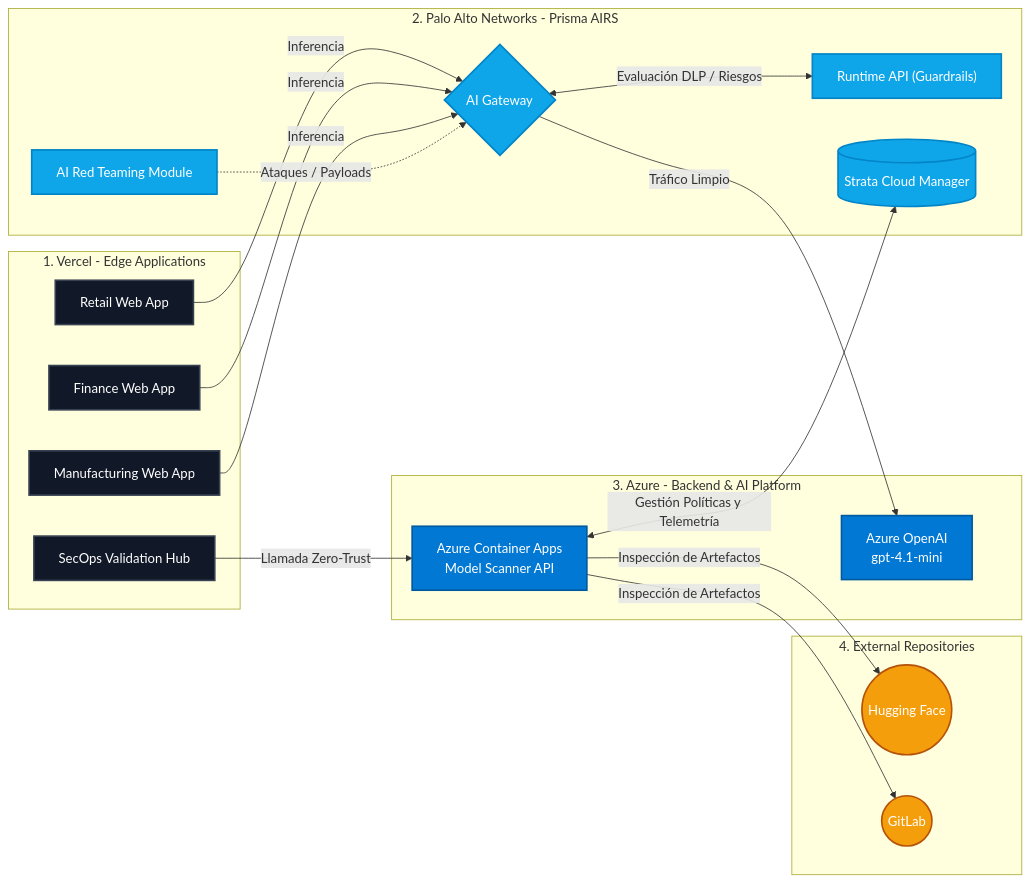
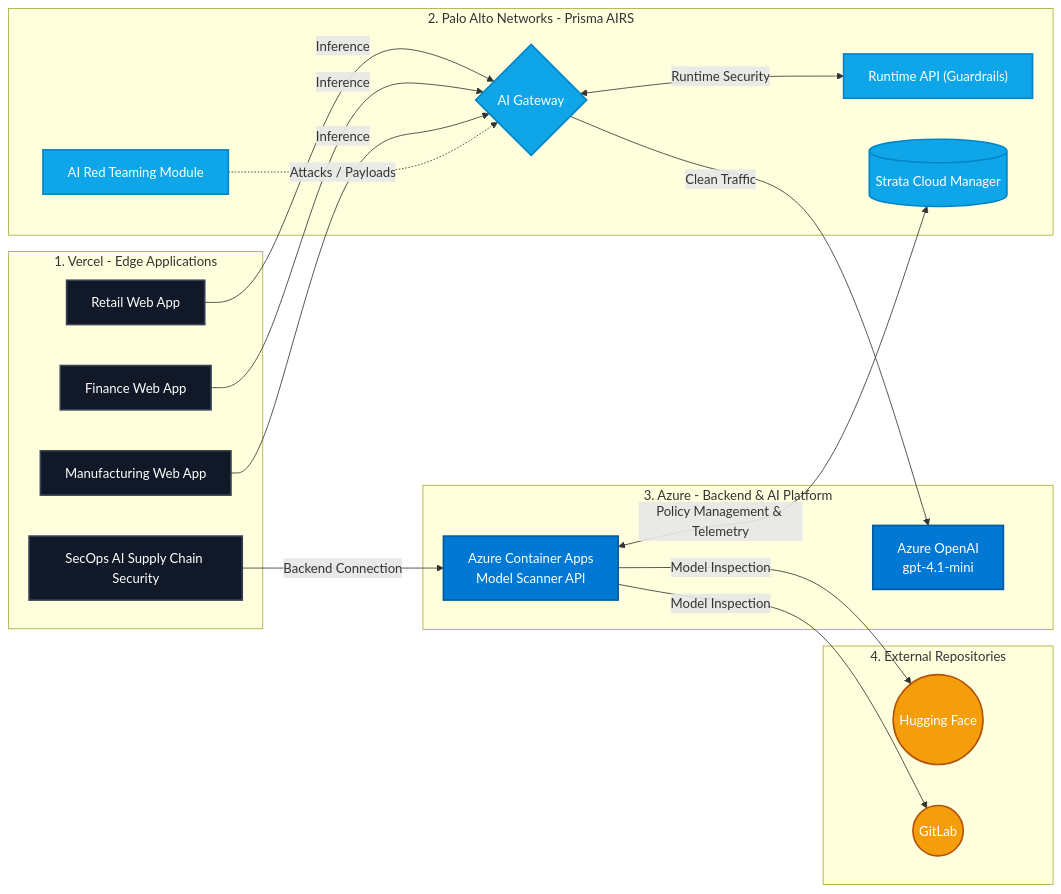
One commit to odobarro/prisma-airs-azure-demo-kit changed the diagram in README.md. Above: the diagram before and after it, drawn with Mermaid. The commit also changed other lines of this file, not shown here.

Commit message:
readme infromation expanded

````diff
--- a/README.md
+++ b/README.md
@@ -59,47 +14,47 @@
 ```mermaid
 graph LR
-    %% Definición de Estilos (Colores Palo Alto, Azure y Vercel)
+    %% Styling Definitions (Palo Alto, Azure, and Vercel Colors)
     classDef frontend fill:#111827,stroke:#374151,stroke-width:2px,color:#fff;
     classDef prisma fill:#0ea5e9,stroke:#0284c7,stroke-width:2px,color:#fff;
     classDef azure fill:#0078D4,stroke:#005A9E,stroke-width:2px,color:#fff;
     classDef external fill:#f59e0b,stroke:#b45309,stroke-width:2px,color:#fff;
 
-    subgraph Capa_Consumo ["1. Vercel - Edge Applications"]
+    subgraph Consumption_Layer ["1. Vercel - Edge Applications"]
         R["Retail Web App"]:::frontend
         F["Finance Web App"]:::frontend
         M["Manufacturing Web App"]:::frontend
-        S["SecOps Validation Hub"]:::frontend
+        S["SecOps AI Supply Chain Security"]:::frontend
     end
 
-    subgraph Capa_Seguridad ["2. Palo Alto Networks - Prisma AIRS"]
+    subgraph Security_Layer ["2. Palo Alto Networks - Prisma AIRS"]
         GW{"AI Gateway"}:::prisma
         RT["Runtime API (Guardrails)"]:::prisma
         RED["AI Red Teaming Module"]:::prisma
         SCM[("Strata Cloud Manager")]:::prisma
     end
 
-    subgraph Capa_Infraestructura ["3. Azure - Backend & AI Platform"]
+    subgraph Infrastructure_Layer ["3. Azure - Backend & AI Platform"]
         OAI["Azure OpenAI <br/> gpt-4.1-mini"]:::azure
         ACA["Azure Container Apps <br/> Model Scanner API"]:::azure
     end
 
-    subgraph Cadena_Suministro ["4. External Repositories"]
+    subgraph Supply_Chain ["4. External Repositories"]
         HF(("Hugging Face")):::external
         GL(("GitLab")):::external
     end
 
-    %% Flujos de Runtime Security & Red Teaming
-    R -->|"Inferencia"| GW
-    F -->|"Inferencia"| GW
-    M -->|"Inferencia"| GW
-    RED -.->|"Ataques / Payloads"| GW
+    %% Runtime Security & Red Teaming Flows
+    R -->|"Inference"| GW
+    F -->|"Inference"| GW
+    M -->|"Inference"| GW
+    RED -.->|"Attacks / Payloads"| GW
     
-    GW <-->|"Evaluación DLP / Riesgos"| RT
-    GW -->|"Tráfico Limpio"| OAI
+    GW <-->|"Runtime Security"| RT
+    GW -->|"Clean Traffic"| OAI
 
-    %% Flujos de SecOps (Model Security)
-    S -->|"Llamada Zero-Trust"| ACA
-    ACA <-->|"Gestión Políticas y Telemetría"| SCM
-    ACA -->|"Inspección de Artefactos"| HF
-    ACA -->|"Inspección de Artefactos"| GL
+    %% SecOps (Model Security) Flows
+    S -->|"Backend Connection"| ACA
+    ACA <-->|"Policy Management & Telemetry"| SCM
+    ACA -->|"Model Inspection"| HF
+    ACA -->|"Model Inspection"| GL
 ```
````
